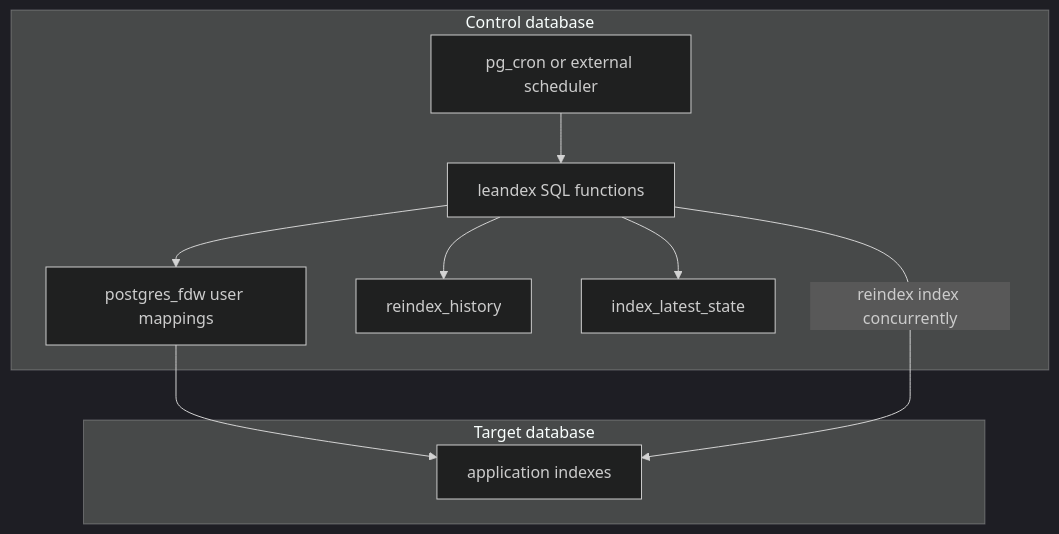
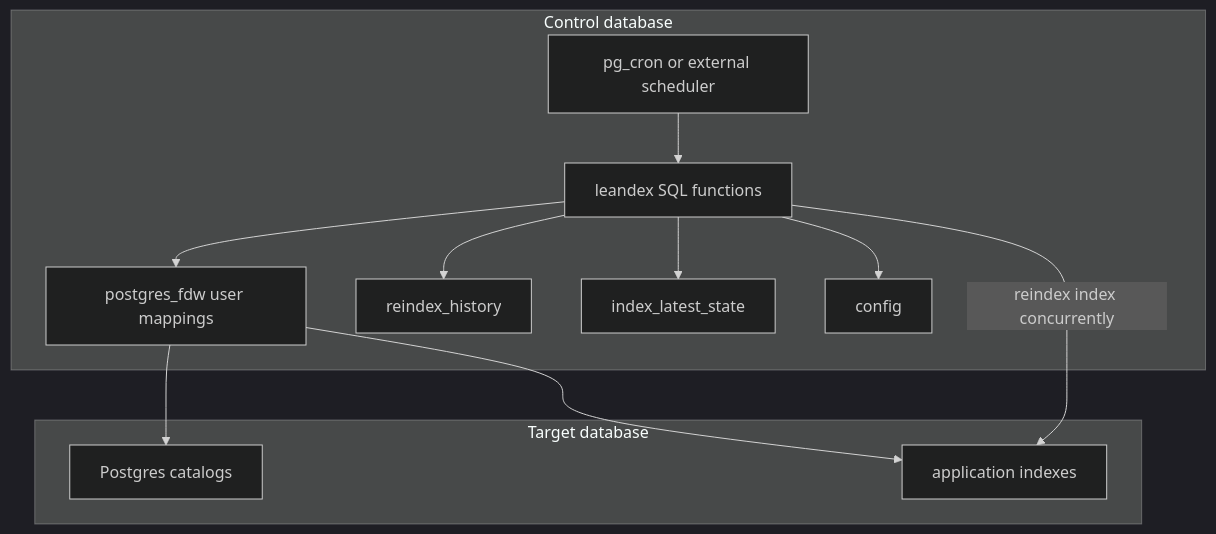
One commit to NikolayS/leandex changed the diagram in README.md. Above: the diagram before and after it, drawn with Mermaid (dark theme). The commit also changed other lines of this file, not shown here.

````diff
--- a/README.md
+++ b/README.md
@@ -134,21 +227,25 @@
 ```mermaid
 graph TB
     subgraph "Control database"
         cron[pg_cron or external scheduler]
         funcs[leandex SQL functions]
         fdw[postgres_fdw user mappings]
         hist[reindex_history]
         state[index_latest_state]
+        cfg[config]
     end
 
     subgraph "Target database"
+        cat[Postgres catalogs]
         idx[application indexes]
     end
 
     cron --> funcs
+    funcs --> cfg
     funcs --> fdw
+    fdw --> cat
     fdw --> idx
     funcs -->|reindex index concurrently| idx
     funcs --> hist
     funcs --> state
 ```
````
